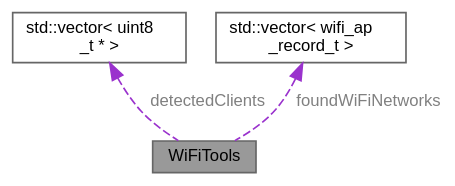
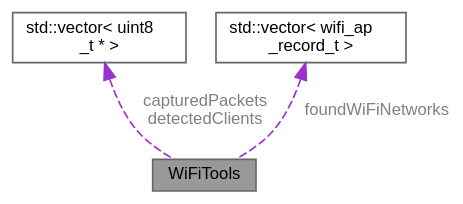
One commit to Jonathan-0101/skeletonKey changed the diagram in classWiFiTools__coll__graph.dot. Above: the diagram before and after it, drawn with Graphviz. The commit also changed 57 other files, not shown here.

```diff
--- a/classWiFiTools__coll__graph.dot
+++ b/classWiFiTools__coll__graph.dot
@@ -1,12 +1,12 @@
 digraph "WiFiTools"
 {
  // LATEX_PDF_SIZE
   bgcolor="transparent";
   edge [fontname=Helvetica,fontsize=10,labelfontname=Helvetica,labelfontsize=10];
   node [fontname=Helvetica,fontsize=10,shape=box,height=0.2,width=0.4];
   Node1 [id="Node000001",label="WiFiTools",height=0.2,width=0.4,color="gray40", fillcolor="grey60", style="filled", fontcolor="black",tooltip=" "];
-  Node2 -> Node1 [id="edge1_Node000001_Node000002",dir="back",color="darkorchid3",style="dashed",tooltip=" ",label=" detectedClients",fontcolor="grey" ];
+  Node2 -> Node1 [id="edge1_Node000001_Node000002",dir="back",color="darkorchid3",style="dashed",tooltip=" ",label=" capturedPackets\ndetectedClients",fontcolor="grey" ];
   Node2 [id="Node000002",label="std::vector\< uint8\l_t * \>",height=0.2,width=0.4,color="gray40", fillcolor="white", style="filled",tooltip=" "];
   Node3 -> Node1 [id="edge2_Node000001_Node000003",dir="back",color="darkorchid3",style="dashed",tooltip=" ",label=" foundWiFiNetworks",fontcolor="grey" ];
   Node3 [id="Node000003",label="std::vector\< wifi_ap\l_record_t \>",height=0.2,width=0.4,color="gray40", fillcolor="white", style="filled",tooltip=" "];
 }
```
